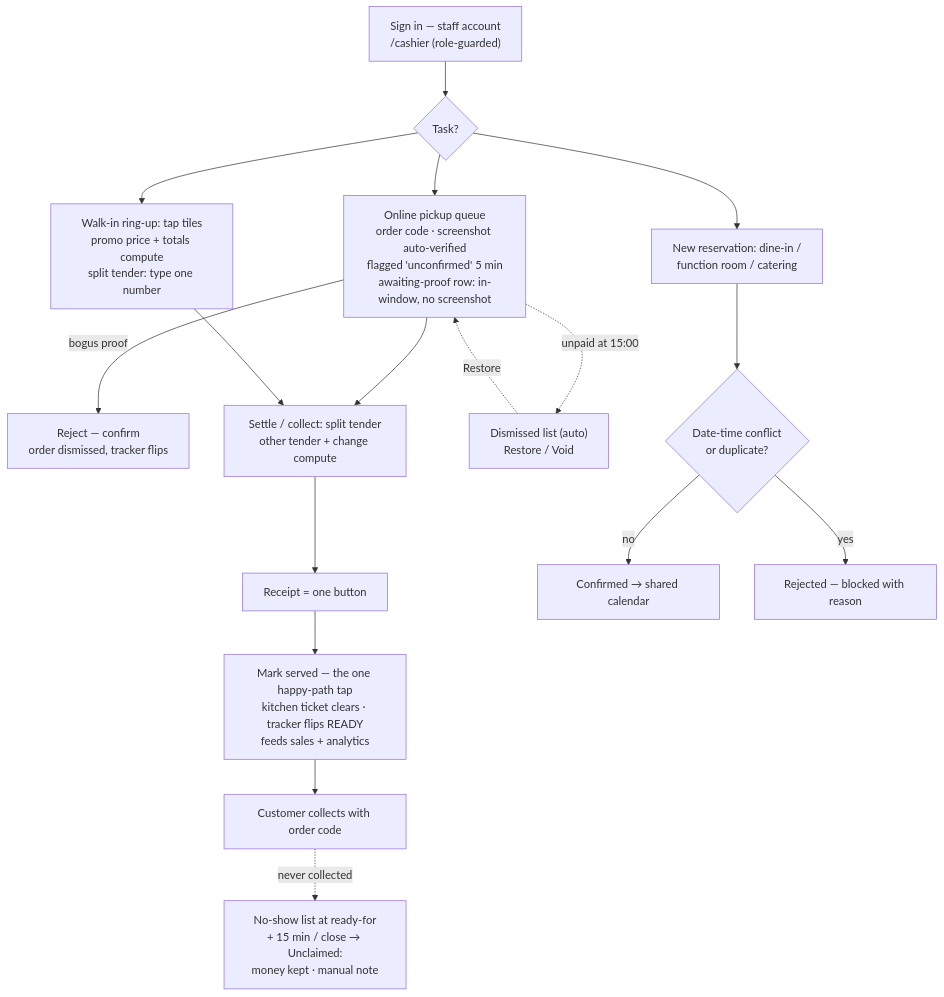
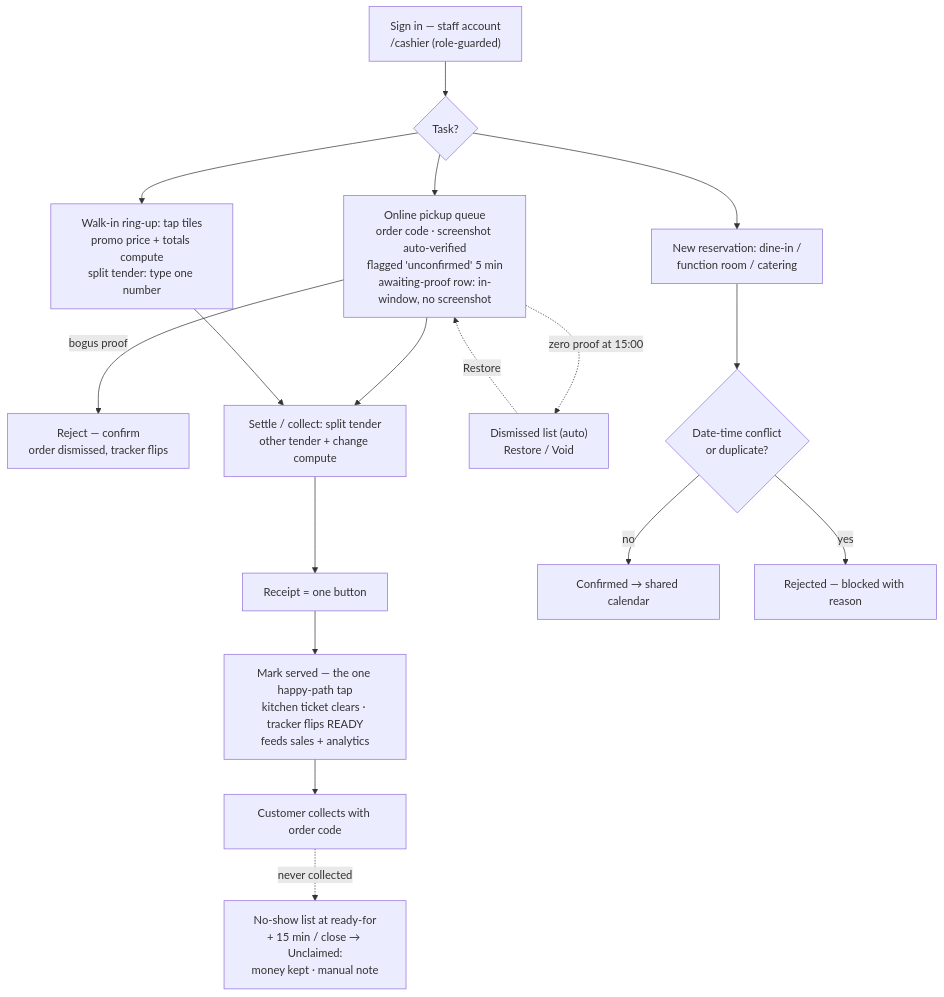
The diagram in docs/flow-charts/cashier.md (S1NXIAN/CRNP), drawn with Mermaid before and after one commit. The commit also changed 4 other files, not shown here.

First line of the commit message:
docs: proof-hold + attach flow, fix issue 002

````diff
--- a/docs/flow-charts/cashier.md
+++ b/docs/flow-charts/cashier.md
@@ -6,19 +6,19 @@
 ```mermaid
 flowchart TD
     A["Sign in — staff account<br/>/cashier (role-guarded)"] --> B{"Task?"}
     B --> C["Online pickup queue<br/>order code · screenshot auto-verified<br/>flagged 'unconfirmed' 5 min<br/>awaiting-proof row: in-window, no screenshot"]
     B --> D["Walk-in ring-up: tap tiles<br/>promo price + totals compute<br/>split tender: type one number"]
     B --> E["New reservation: dine-in /<br/>function room / catering"]
     C -->|"bogus proof"| R["Reject — confirm<br/>order dismissed, tracker flips"]
     C --> F["Settle / collect: split tender<br/>other tender + change compute"]
     D --> F
     F --> G["Receipt = one button"]
     G --> H["Mark served — the one happy-path tap<br/>kitchen ticket clears · tracker flips READY<br/>feeds sales + analytics"]
     H --> I["Customer collects with order code"]
     I -.->|"never collected"| U["No-show list at ready-for<br/>+ 15 min / close → Unclaimed:<br/>money kept · manual note"]
-    C -.->|"unpaid at 15:00"| X["Dismissed list (auto)<br/>Restore / Void"]
+    C -.->|"zero proof at 15:00"| X["Dismissed list (auto)<br/>Restore / Void"]
     X -.->|"Restore"| C
     E --> J{"Date-time conflict<br/>or duplicate?"}
     J -->|"no"| K["Confirmed → shared calendar"]
     J -->|"yes"| L["Rejected — blocked with reason"]
 ```
````
